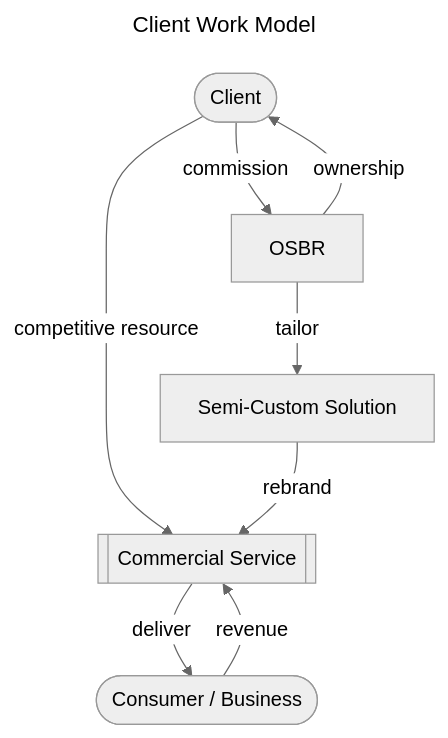
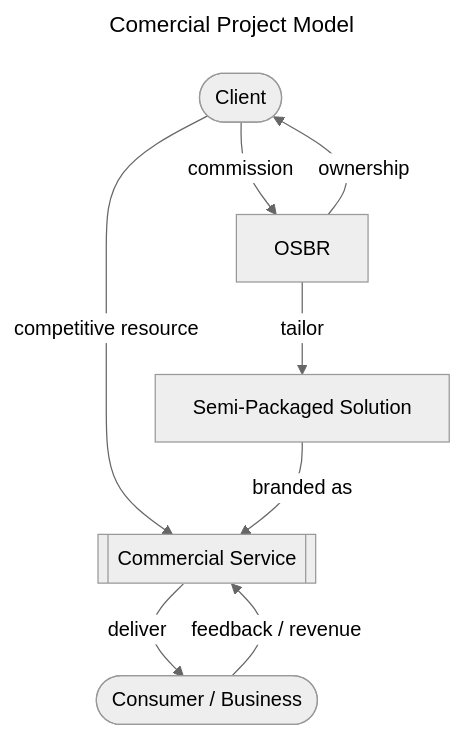
One commit to osbrjp/handbook changed the fourth of 5 diagrams in doc/strategy.md. Above: the diagram before and after it, drawn with Mermaid (neutral theme). The commit also changed other lines of this file and 1 other file, not shown here.

````diff
--- a/doc/strategy.md
+++ b/doc/strategy.md
@@ -91,13 +98,13 @@
 ```mermaid
 ---
-title: Client Work Model
+title: Comercial Project Model
 ---
 graph TB;
     C([Client]) -- "commission"  --> OSBR
     OSBR -- "ownership" --> C;
     C -- "competitive resource" --> ES[[Commercial Service]];
-    OSBR -- "tailor" --> SPS[Semi-Custom Solution];
-    SPS -- "rebrand" --> ES;
-    CB -- "revenue" --> ES;
+    OSBR -- "tailor" --> SPS[Semi-Packaged Solution];
+    SPS -- "branded as" --> ES;
+    CB -- "feedback / revenue" --> ES;
     ES -- "deliver" --> CB([Consumer / Business]);
 ```
````
